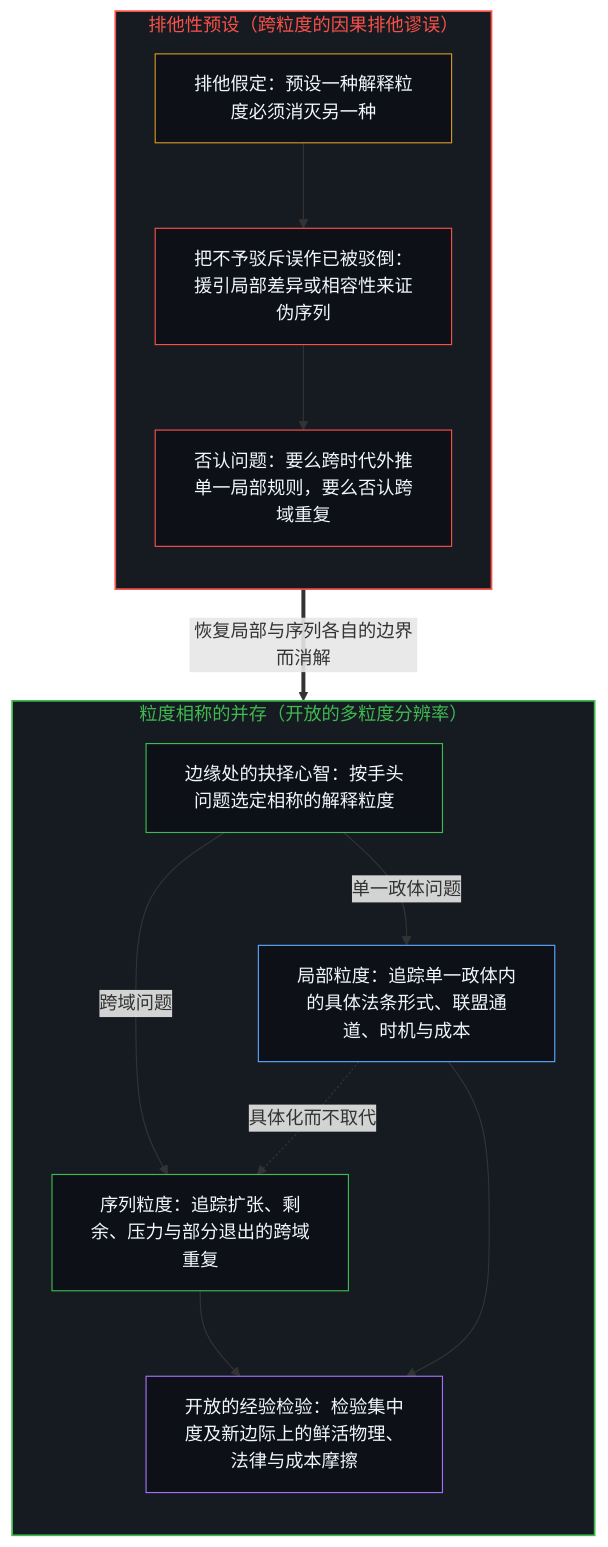
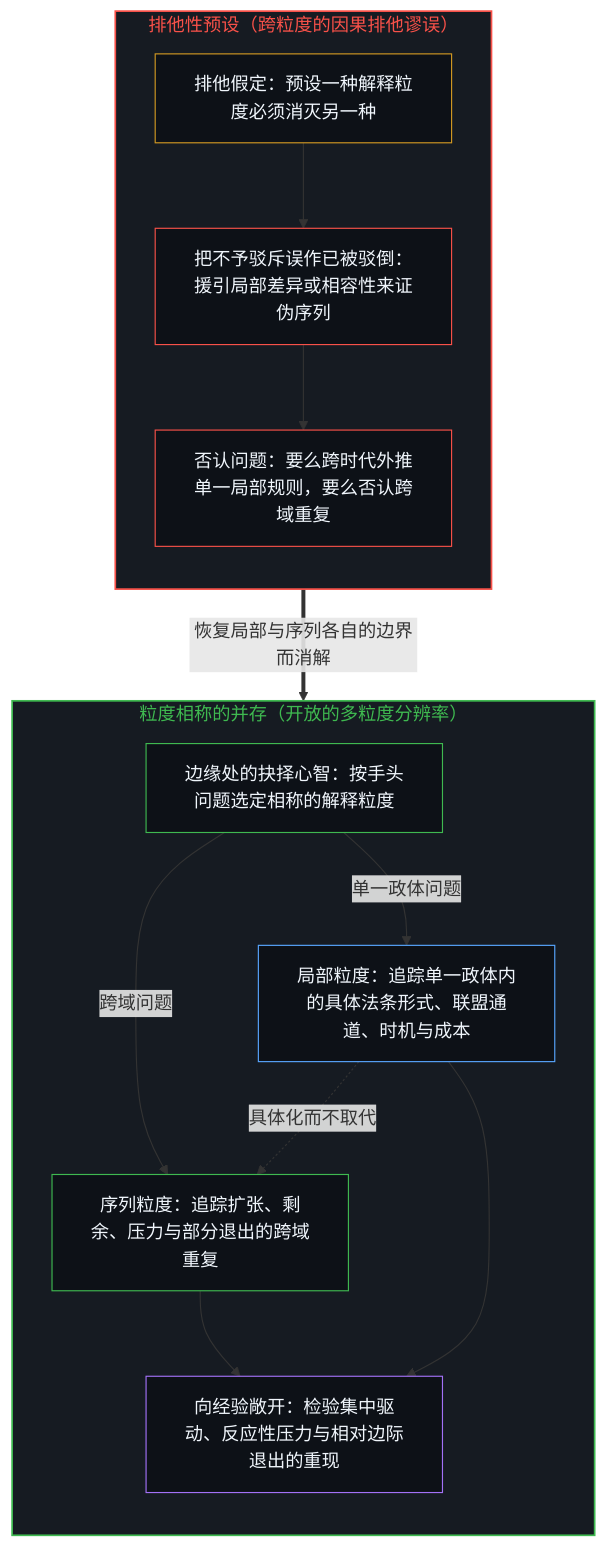
One commit to powerpig99/not-a-toe changed the third of 4 diagrams in content/posts/the-sequence-of-expansion-and-the-boundary-of-local-accounts.md. Above: the diagram before and after it, drawn with Mermaid. The commit also changed other lines of this file and 2 other files, not shown here.

````diff
--- a/content/posts/the-sequence-of-expansion-and-the-boundary-of-local-accounts.md
+++ b/content/posts/the-sequence-of-expansion-and-the-boundary-of-local-accounts.md
@@ -109,32 +109,32 @@
 ```mermaid
 flowchart TD
     subgraph S_Coex["粒度相称的并存（开放的多粒度分辨率）"]
         direction TB
         G_Mind["边缘处的抉择心智：按手头问题选定相称的解释粒度"]
         G_Seq["序列粒度：追踪扩张、剩余、压力与部分退出的跨域重复"]
         G_Loc["局部粒度：追踪单一政体内的具体法条形式、联盟通道、时机与成本"]
-        G_Emp["开放的经验检验：检验集中度及新边际上的鲜活物理、法律与成本摩擦"]
+        G_Emp["向经验敞开：检验集中驱动、反应性压力与相对边际退出的重现"]
         G_Mind -->|"跨域问题"| G_Seq
         G_Mind -->|"单一政体问题"| G_Loc
         G_Loc -.->|"具体化而不取代"| G_Seq
         G_Seq --> G_Emp
         G_Loc --> G_Emp
     end
     subgraph S_Excl["排他性预设（跨粒度的因果排他谬误）"]
         direction TB
         X_Prem["排他假定：预设一种解释粒度必须消灭另一种"]
         X_Mis["把不予驳斥误作已被驳倒：援引局部差异或相容性来证伪序列"]
         X_Den["否认问题：要么跨时代外推单一局部规则，要么否认跨域重复"]
         X_Prem --> X_Mis --> X_Den
     end
     X_Den ==>|"恢复局部与序列各自的边界而消解"| G_Mind
     style S_Coex fill:#161b22,stroke:#3fb950,stroke-width:1.5px,color:#3fb950
     style S_Excl fill:#161b22,stroke:#f85149,stroke-width:1.5px,color:#f85149
     style G_Mind fill:#0d1117,stroke:#3fb950,stroke-width:1px,color:#f0f6fc
     style G_Seq fill:#0d1117,stroke:#3fb950,stroke-width:1px,color:#f0f6fc
     style G_Loc fill:#0d1117,stroke:#58a6ff,stroke-width:1px,color:#f0f6fc
     style G_Emp fill:#0d1117,stroke:#a371f7,stroke-width:1px,color:#f0f6fc
     style X_Prem fill:#0d1117,stroke:#d29922,stroke-width:1px,color:#f0f6fc
     style X_Mis fill:#0d1117,stroke:#f85149,stroke-width:1px,color:#f0f6fc
     style X_Den fill:#0d1117,stroke:#f85149,stroke-width:1px,color:#f0f6fc
 ```
````
